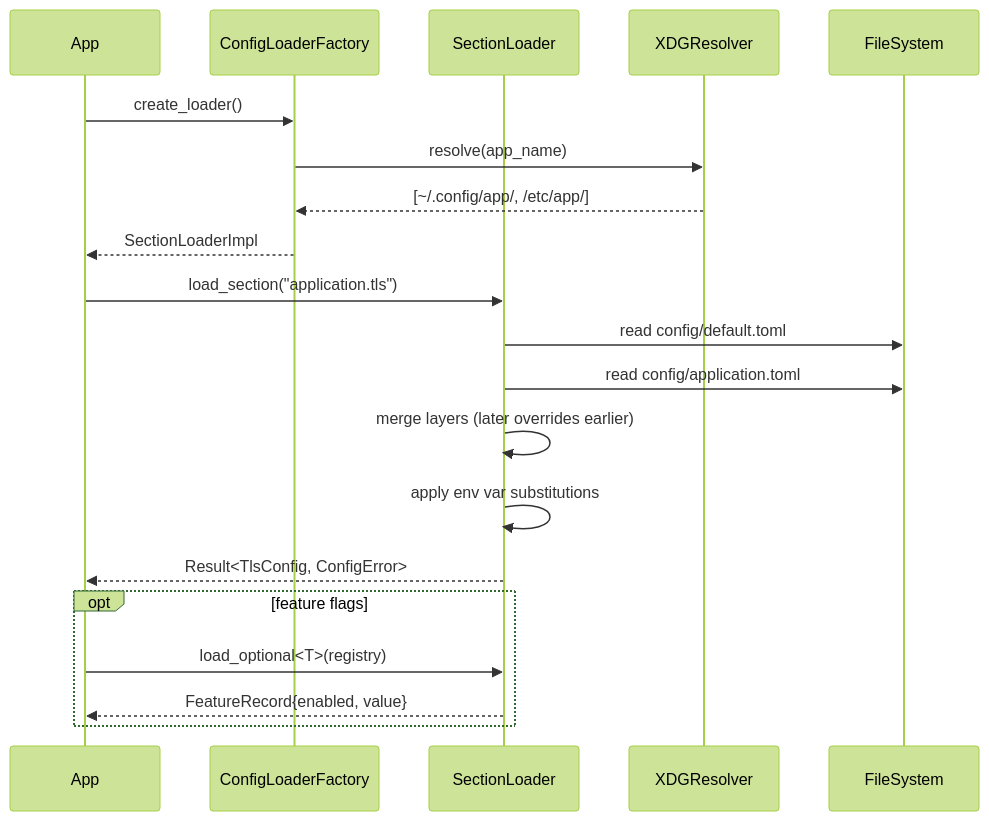
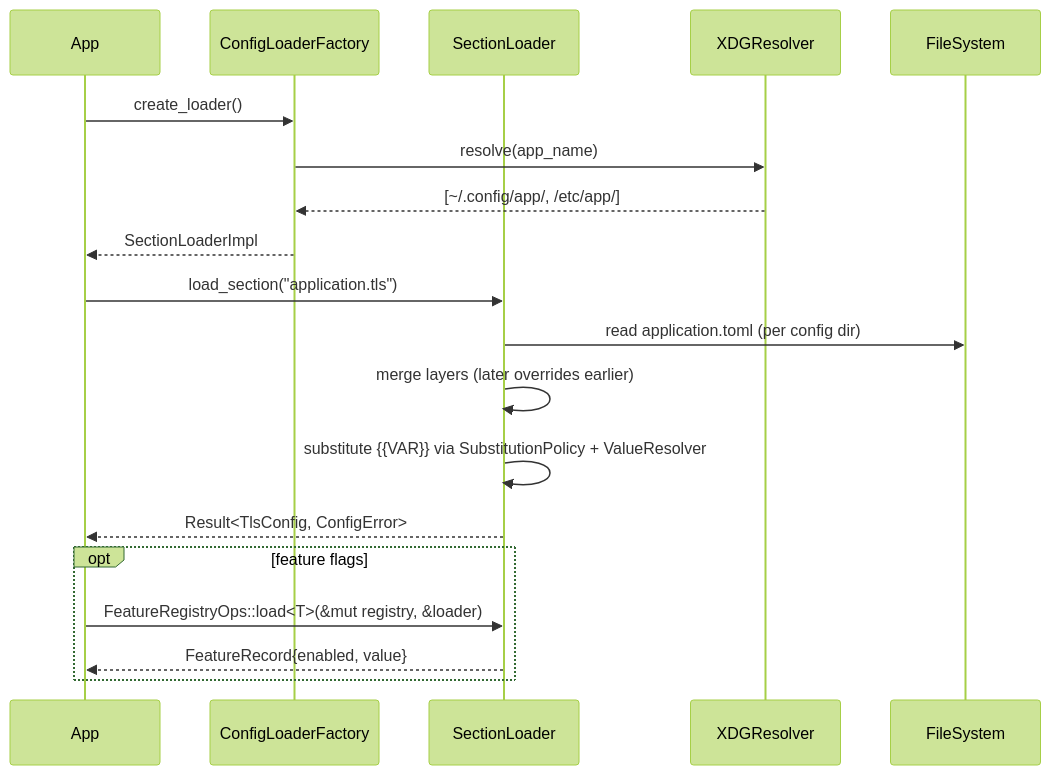
One commit to sweengineeringlabs/edge-configbuilder changed the first of 2 diagrams in scm/docs/architecture.md. Above: the diagram before and after it, drawn with Mermaid (forest theme). The commit also changed other lines of this file and 15 other files, not shown here.

````diff
--- a/scm/docs/architecture.md
+++ b/scm/docs/architecture.md
@@ -7,25 +40,24 @@
 ```mermaid
 sequenceDiagram
     participant App
     participant ConfigLoaderFactory
     participant SectionLoader
     participant XDGResolver
     participant FileSystem
 
     App->>ConfigLoaderFactory: create_loader()
     ConfigLoaderFactory->>XDGResolver: resolve(app_name)
     XDGResolver-->>ConfigLoaderFactory: [~/.config/app/, /etc/app/]
     ConfigLoaderFactory-->>App: SectionLoaderImpl
 
     App->>SectionLoader: load_section("application.tls")
-    SectionLoader->>FileSystem: read config/default.toml
-    SectionLoader->>FileSystem: read config/application.toml
+    SectionLoader->>FileSystem: read application.toml (per config dir)
     SectionLoader->>SectionLoader: merge layers (later overrides earlier)
-    SectionLoader->>SectionLoader: apply env var substitutions
+    SectionLoader->>SectionLoader: substitute {{VAR}} via SubstitutionPolicy + ValueResolver
     SectionLoader-->>App: Result<TlsConfig, ConfigError>
 
     opt feature flags
-        App->>SectionLoader: load_optional<T>(registry)
+        App->>SectionLoader: FeatureRegistryOps::load<T>(&mut registry, &loader)
         SectionLoader-->>App: FeatureRecord{enabled, value}
     end
 ```
````
